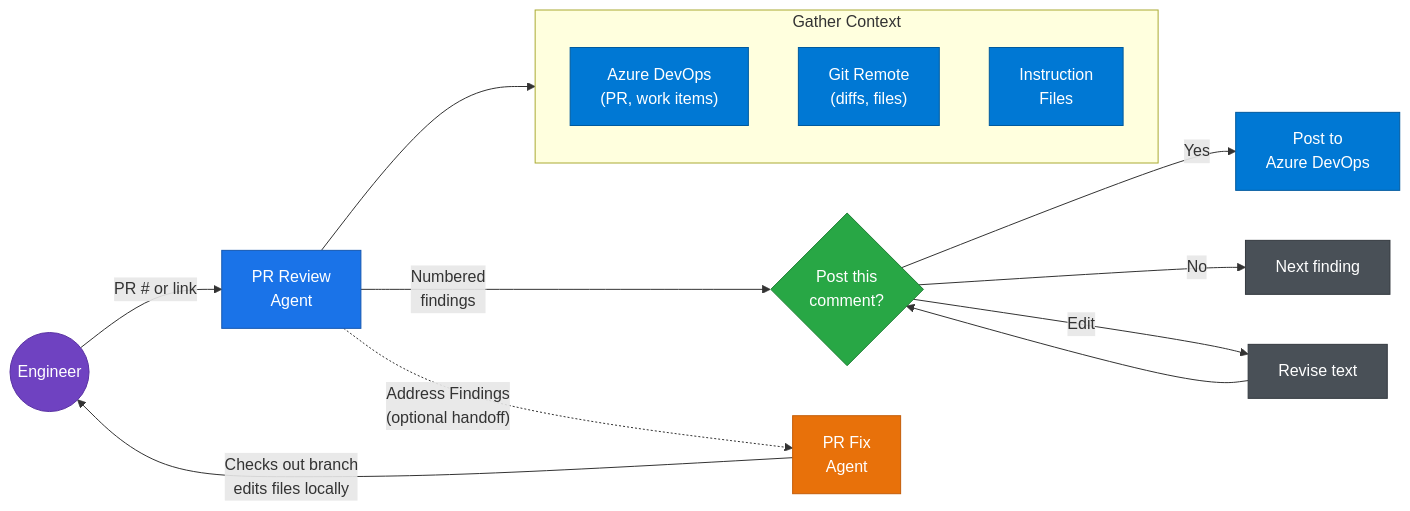
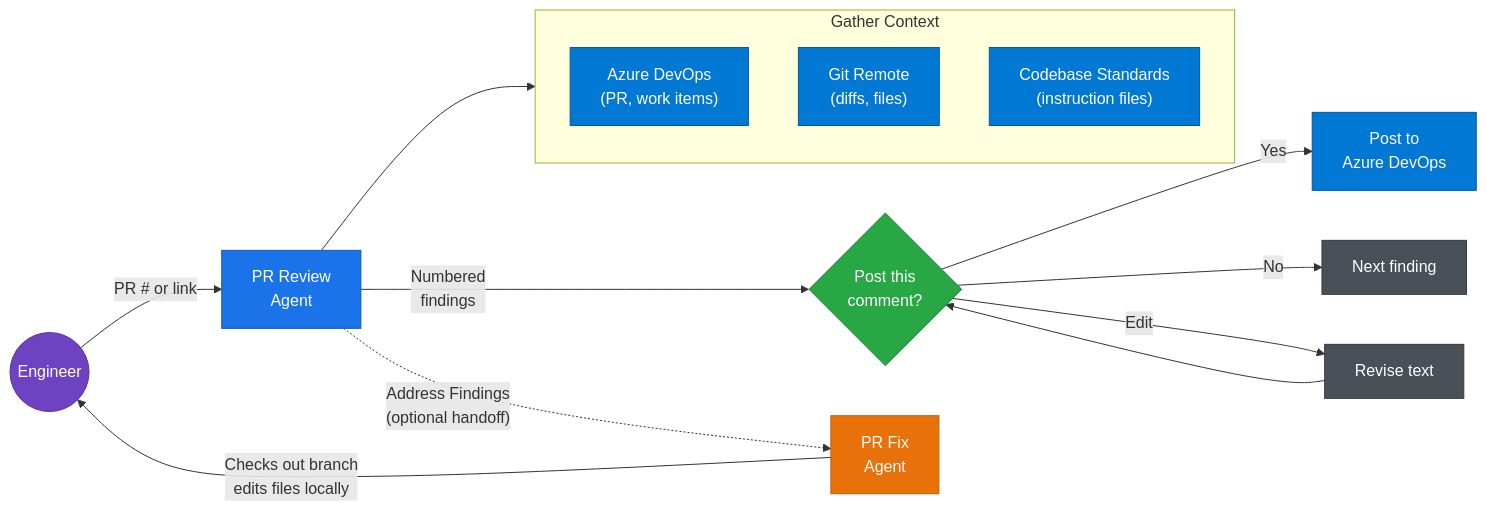
Before and after one commit to segunak/azure-devops-github-copilot-pr-review: the diagram in README.md, drawn with Mermaid.

Commit message:
clarify README by updating the description of codebase standards in the flowchart

````diff
--- a/README.md
+++ b/README.md
@@ -7,33 +7,33 @@
 ```mermaid
 flowchart LR
     Engineer(("Engineer")) -->|"PR # or link"| Review["PR Review<br>Agent"]
 
     subgraph Context["Gather Context"]
         ADO["Azure DevOps<br>(PR, work items)"]
         Git["Git Remote<br>(diffs, files)"]
-        Standards["Instruction<br>Files"]
+        Standards["Codebase Standards<br>(instruction files)"]
     end
 
     Review --> Context
     Review -->|"Numbered<br>findings"| Approve{"Post this<br>comment?"}
     Approve -->|"Yes"| Post["Post to<br>Azure DevOps"]
     Approve -->|"No"| Next["Next finding"]
     Approve -->|"Edit"| Revise["Revise text"] --> Approve
 
     Review -.->|"Address Findings<br>(optional handoff)"| Fix["PR Fix<br>Agent"]
     Fix -->|"Checks out branch<br>edits files locally"| Engineer
 
     classDef agent fill:#1a73e8,color:#fff,stroke:#1557b0
     classDef fix fill:#e8710a,color:#fff,stroke:#c45d08
     classDef external fill:#0078d4,color:#fff,stroke:#005a9e
     classDef decision fill:#28a745,color:#fff,stroke:#1e7e34
     classDef person fill:#6f42c1,color:#fff,stroke:#5a32a3
     classDef step fill:#495057,color:#fff,stroke:#343a40
 
     class Review agent
     class Fix fix
     class ADO,Git,Standards,Post external
     class Approve decision
     class Engineer person
     class Next,Revise step
 ```
````
